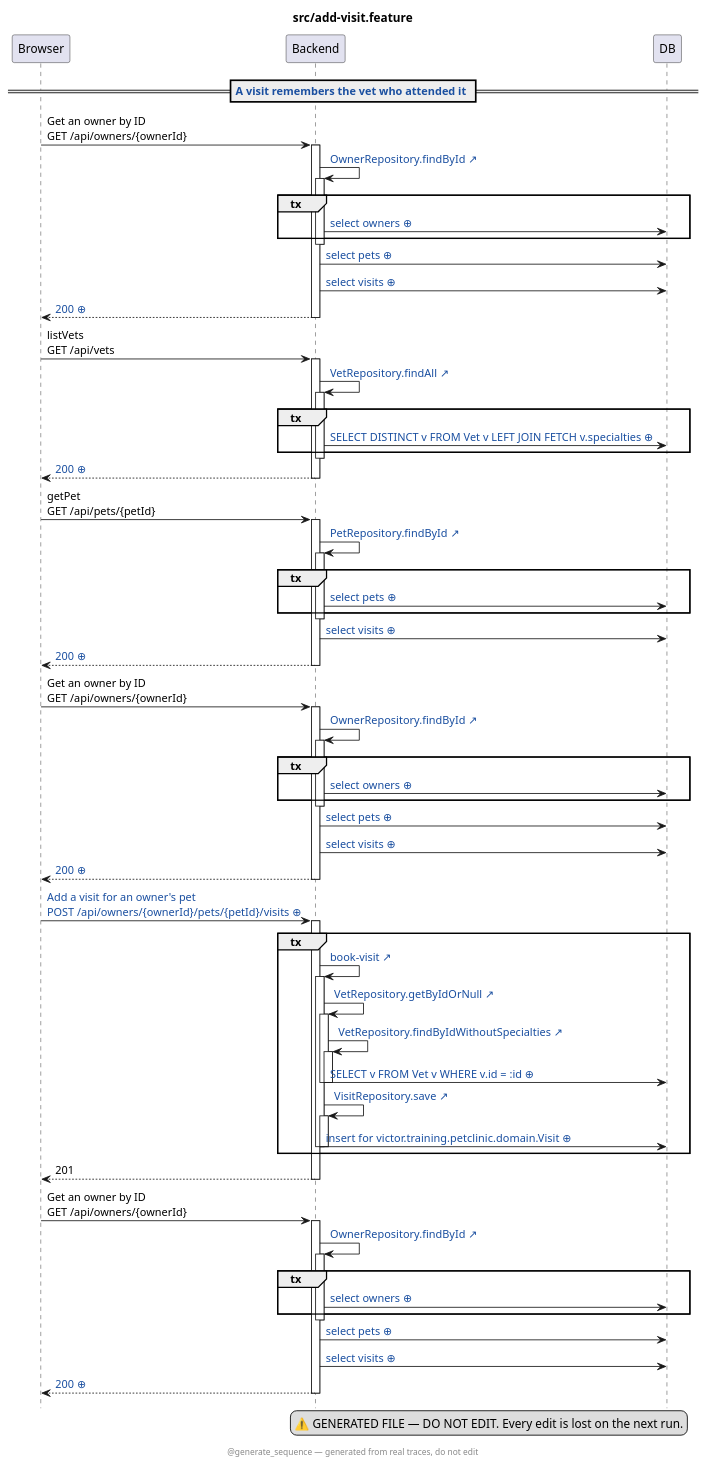
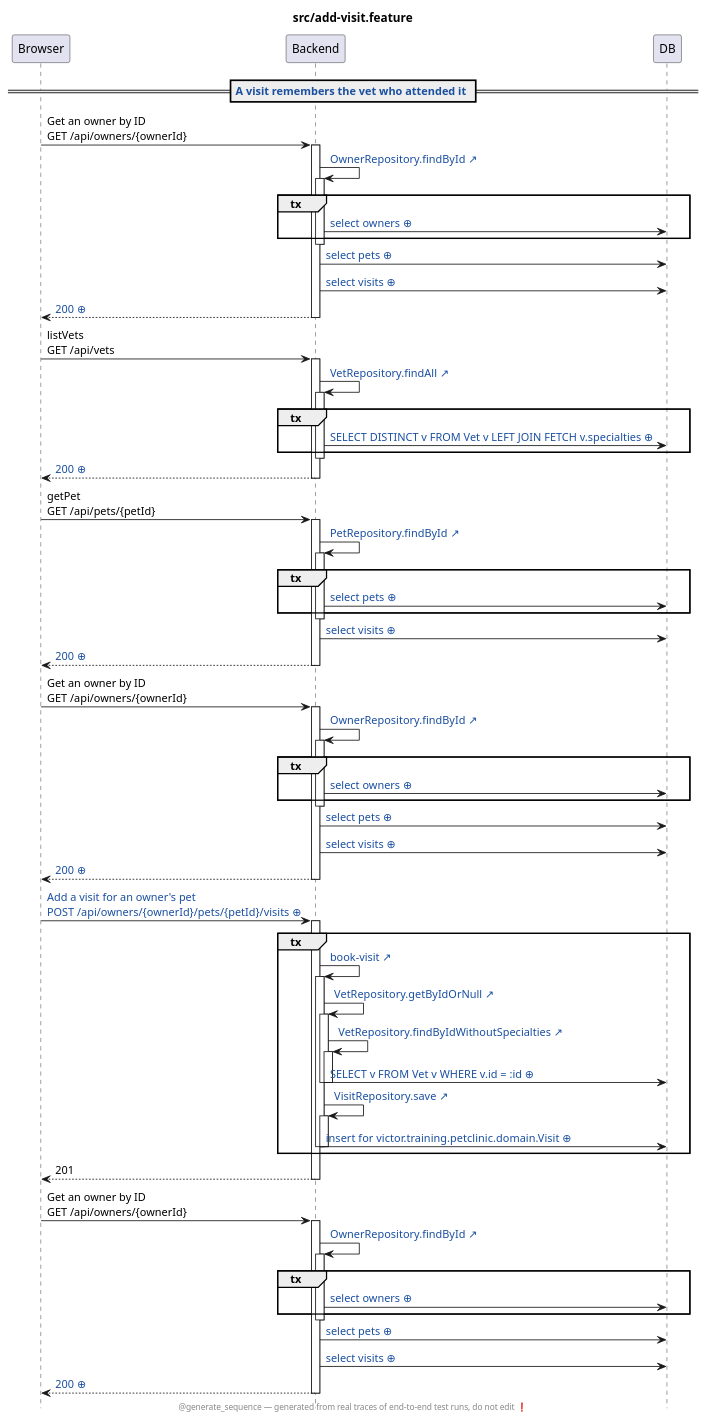
Before and after one commit to victorrentea/petclinic: the diagram in petclinic-test/src/add-visit.feature.genseq.puml, drawn with PlantUML.

Commit message:
Re-render this branch's new diagram without the DO-NOT-EDIT panel
add-visit.feature.genseq.puml is added by this branch, so main's fix could
not reach it through the merge — it still carried the legend box and the old
footer, and it is the one diagram the review page draws as all-new. Same
header the generator now emits.

Claude-Session: https://claude.ai/code/session_016bcCVUYLkCm7SfwWzKKc1X

```diff
--- a/petclinic-test/src/add-visit.feature.genseq.puml
+++ b/petclinic-test/src/add-visit.feature.genseq.puml
@@ -1,92 +1,89 @@
 @startuml
 ' ⚠️  GENERATED FILE — DO NOT EDIT. Every edit is lost on the next run.
 hide footbox
 skinparam hyperlinkUnderline false
 skinparam hyperlinkColor #1A4FA0
 title src/add-visit.feature
-legend right
-  ⚠️  GENERATED FILE — DO NOT EDIT. Every edit is lost on the next run.
-end legend
-footer @generate_sequence — generated from real traces, do not edit
+footer @generate_sequence — generated from real traces of end-to-end test runs, do not edit ❗
 participant Browser
 participant Backend
 participant DB
 == [[src://petclinic-test/src/add-visit.feature:16{Click to open the test} A visit remembers the vet who attended it]] ==
 Browser -> Backend: Get an owner by ID\nGET /api/owners/{ownerId}
 activate Backend
 Backend -> Backend: [[src://petclinic-backend/src/main/java/victor/training/petclinic/repository/OwnerRepository.java:14{Click to open OwnerRepository.findById} OwnerRepository.findById ↗]]
 activate Backend
 group tx
 Backend -> DB: [[genseq://0totfe9{Click for the statement behind this call} select owners ⊕]]
 end
 deactivate Backend
 Backend -> DB: [[genseq://1hjadar{Click for the statement behind this call} select pets ⊕]]
 Backend -> DB: [[genseq://1bcshtp{Click for the statement behind this call} select visits ⊕]]
 Backend --> Browser: [[genseq://13rmoxo{Click for this call’s JSON body} 200 ⊕]]
 deactivate Backend
 Browser -> Backend: listVets\nGET /api/vets
 activate Backend
 Backend -> Backend: [[src://petclinic-backend/src/main/java/victor/training/petclinic/repository/VetRepository.java:13{Click to open VetRepository.findAll} VetRepository.findAll ↗]]
 activate Backend
 group tx
 Backend -> DB: [[genseq://0p6yxbc{Click for the statement behind this call} SELECT DISTINCT v FROM Vet v LEFT JOIN FETCH v.specialties ⊕]]
 end
 deactivate Backend
 Backend --> Browser: [[genseq://1nmg2oo{Click for this call’s JSON body} 200 ⊕]]
 deactivate Backend
 Browser -> Backend: getPet\nGET /api/pets/{petId}
 activate Backend
 Backend -> Backend: [[src://petclinic-backend/src/main/java/victor/training/petclinic/repository/PetRepository.java:16{Click to open PetRepository.findById} PetRepository.findById ↗]]
 activate Backend
 group tx
 Backend -> DB: [[genseq://0jw0huv{Click for the statement behind this call} select pets ⊕]]
 end
 deactivate Backend
 Backend -> DB: [[genseq://1bcshtp{Click for the statement behind this call} select visits ⊕]]
 Backend --> Browser: [[genseq://045m2da{Click for this call’s JSON body} 200 ⊕]]
 deactivate Backend
 Browser -> Backend: Get an owner by ID\nGET /api/owners/{ownerId}
 activate Backend
 Backend -> Backend: [[src://petclinic-backend/src/main/java/victor/training/petclinic/repository/OwnerRepository.java:14{Click to open OwnerRepository.findById} OwnerRepository.findById ↗]]
 activate Backend
 group tx
 Backend -> DB: [[genseq://0totfe9{Click for the statement behind this call} select owners ⊕]]
 end
 deactivate Backend
 Backend -> DB: [[genseq://1hjadar{Click for the statement behind this call} select pets ⊕]]
 Backend -> DB: [[genseq://1bcshtp{Click for the statement behind this call} select visits ⊕]]
 Backend --> Browser: [[genseq://162q2qc{Click for this call’s JSON body} 200 ⊕]]
 deactivate Backend
 Browser -> Backend: [[genseq://0o4d8tf{Click for this call’s JSON body} Add a visit for an owner's pet\nPOST /api/owners/{ownerId}/pets/{petId}/visits ⊕]]
 activate Backend
 group tx
 Backend -> Backend: [[src://petclinic-backend/src/main/java/victor/training/petclinic/rest/OwnerRestController.java:193{Click to open OwnerRestController.bookVisit} book-visit ↗]]
 activate Backend
 Backend -> Backend: [[src://petclinic-backend/src/main/java/victor/training/petclinic/repository/VetRepository.java:29{Click to open VetRepository.getByIdOrNull} VetRepository.getByIdOrNull ↗]]
 activate Backend
 Backend -> Backend: [[src://petclinic-backend/src/main/java/victor/training/petclinic/repository/VetRepository.java:20{Click to open VetRepository.findByIdWithoutSpecialties} VetRepository.findByIdWithoutSpecialties ↗]]
 activate Backend
 Backend -> DB: [[genseq://13xrn4k{Click for the statement behind this call} SELECT v FROM Vet v WHERE v.id = :id ⊕]]
 deactivate Backend
 deactivate Backend
 Backend -> Backend: [[src://petclinic-backend/src/main/java/victor/training/petclinic/repository/VisitRepository.java:14{Click to open VisitRepository.save} VisitRepository.save ↗]]
 activate Backend
 Backend -> DB: [[genseq://07ej2hx{Click for the statement behind this call} insert for victor.training.petclinic.domain.Visit ⊕]]
 deactivate Backend
 deactivate Backend
 end
 Backend --> Browser: 201
 deactivate Backend
 Browser -> Backend: Get an owner by ID\nGET /api/owners/{ownerId}
 activate Backend
 Backend -> Backend: [[src://petclinic-backend/src/main/java/victor/training/petclinic/repository/OwnerRepository.java:14{Click to open OwnerRepository.findById} OwnerRepository.findById ↗]]
 activate Backend
 group tx
 Backend -> DB: [[genseq://0totfe9{Click for the statement behind this call} select owners ⊕]]
 end
 deactivate Backend
 Backend -> DB: [[genseq://1hjadar{Click for the statement behind this call} select pets ⊕]]
 Backend -> DB: [[genseq://1bcshtp{Click for the statement behind this call} select visits ⊕]]
 Backend --> Browser: [[genseq://06yf4hn{Click for this call’s JSON body} 200 ⊕]]
 deactivate Backend
 @enduml
```
